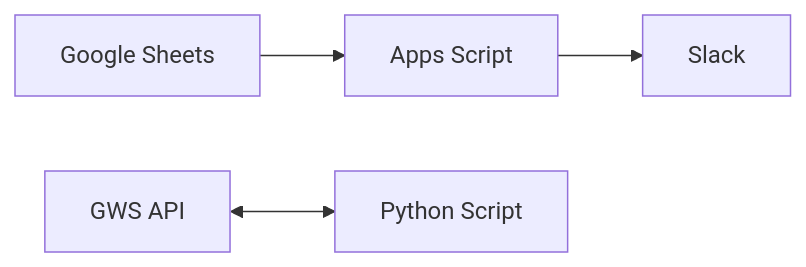
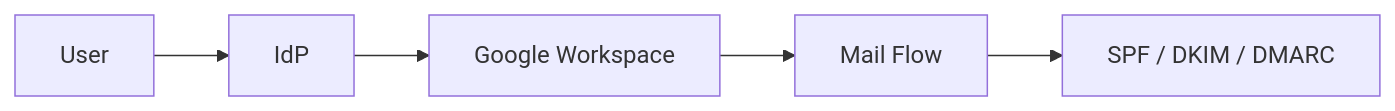
The second of 3 diagrams in 00_README.md (conti0513/development_public), drawn with Mermaid before and after one commit. The commit also changed other lines of this file, not shown here.

````diff
--- a/00_README.md
+++ b/00_README.md
@@ -49,5 +54,7 @@
 ```mermaid
 graph LR
-    SS[Google Sheets] --> GAS[Apps Script] --> SL[Slack]
-    GWS[GWS API] <--> Py[Python Script]
+    User --> IdP[IdP]
+    IdP --> GWS[Google Workspace]
+    GWS --> Mail[Mail Flow]
+    Mail --> Auth[SPF / DKIM / DMARC]
 ```
````
